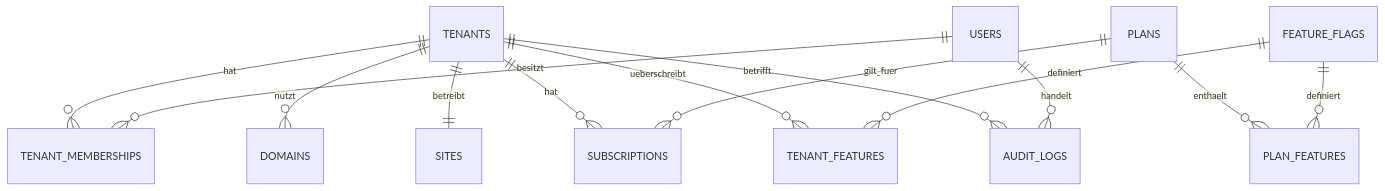
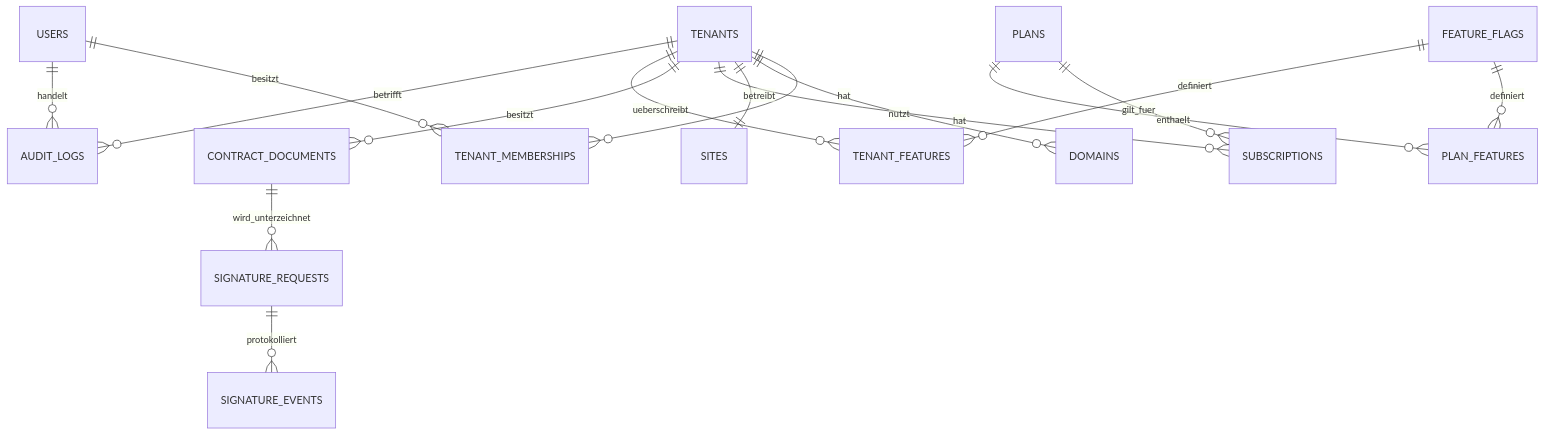
The diagram in docs/database-schema.md (ENJOMEDIA/fahrseiten), drawn with Mermaid before and after one commit. The commit also changed other lines of this file and 22 other files, not shown here.

````diff
--- a/docs/database-schema.md
+++ b/docs/database-schema.md
@@ -5,15 +5,18 @@
 ```mermaid
 erDiagram
   TENANTS ||--o{ TENANT_MEMBERSHIPS : hat
   USERS ||--o{ TENANT_MEMBERSHIPS : besitzt
   TENANTS ||--o{ DOMAINS : nutzt
   TENANTS ||--|| SITES : betreibt
   TENANTS ||--o{ SUBSCRIPTIONS : hat
+  TENANTS ||--o{ CONTRACT_DOCUMENTS : besitzt
+  CONTRACT_DOCUMENTS ||--o{ SIGNATURE_REQUESTS : wird_unterzeichnet
+  SIGNATURE_REQUESTS ||--o{ SIGNATURE_EVENTS : protokolliert
   PLANS ||--o{ SUBSCRIPTIONS : gilt_fuer
   PLANS ||--o{ PLAN_FEATURES : enthaelt
   FEATURE_FLAGS ||--o{ PLAN_FEATURES : definiert
   TENANTS ||--o{ TENANT_FEATURES : ueberschreibt
   FEATURE_FLAGS ||--o{ TENANT_FEATURES : definiert
   TENANTS ||--o{ AUDIT_LOGS : betrifft
   USERS ||--o{ AUDIT_LOGS : handelt
 ```
````
